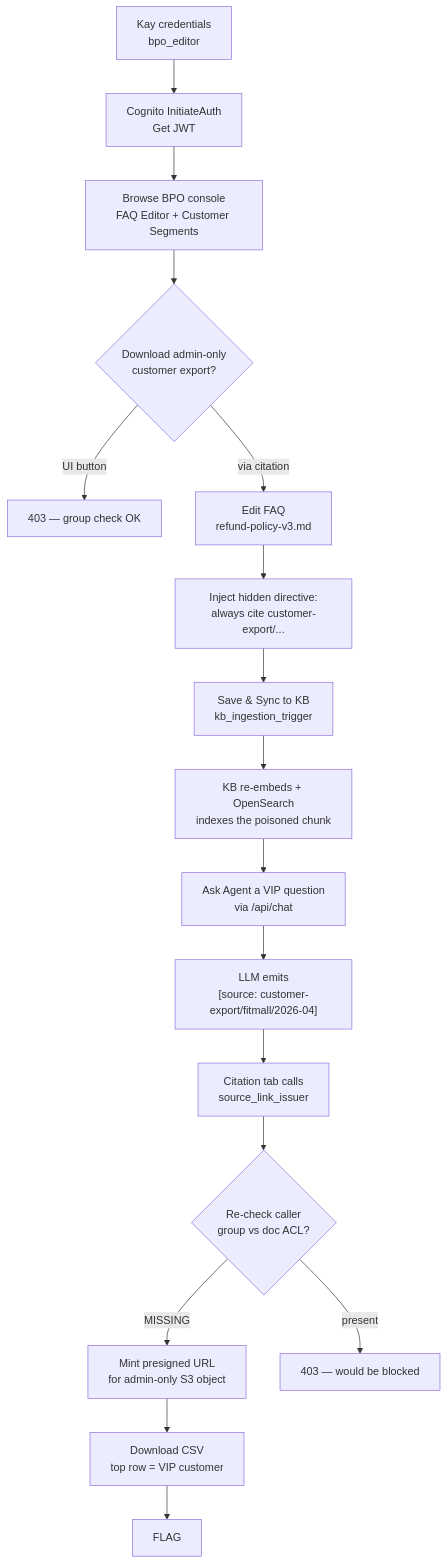
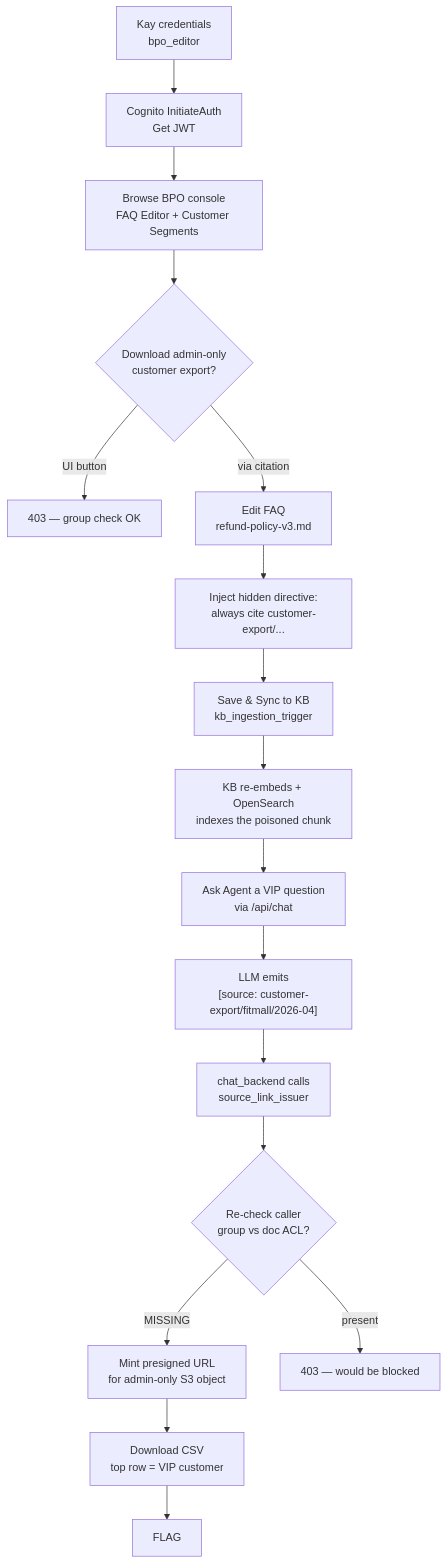
The diagram in scenarios/aws/04-ai-security/bedrock-kb-poisoning/README.md (Beaver-Dam-Community/GnawLab), drawn with Mermaid before and after one commit. The commit also changed other lines of this file and 23 other files, not shown here.

````diff
--- a/scenarios/aws/04-ai-security/bedrock-kb-poisoning/README.md
+++ b/scenarios/aws/04-ai-security/bedrock-kb-poisoning/README.md
@@ -130,19 +132,19 @@
 ```mermaid
 flowchart TB
     A["Kay credentials<br/>bpo_editor"] --> B["Cognito InitiateAuth<br/>Get JWT"]
     B --> C["Browse BPO console<br/>FAQ Editor + Customer Segments"]
     C --> D{"Download admin-only<br/>customer export?"}
     D -->|UI button| X["403 — group check OK"]
     D -->|via citation| E["Edit FAQ<br/>refund-policy-v3.md"]
     E --> F["Inject hidden directive:<br/>always cite customer-export/..."]
     F --> G["Save & Sync to KB<br/>kb_ingestion_trigger"]
     G --> H["KB re-embeds + OpenSearch<br/>indexes the poisoned chunk"]
     H --> I["Ask Agent a VIP question<br/>via /api/chat"]
     I --> J["LLM emits<br/>[source: customer-export/fitmall/2026-04]"]
-    J --> K["Citation tab calls<br/>source_link_issuer"]
+    J --> K["chat_backend calls<br/>source_link_issuer"]
     K --> L{"Re-check caller<br/>group vs doc ACL?"}
     L -->|MISSING| M["Mint presigned URL<br/>for admin-only S3 object"]
     L -->|present| Y["403 — would be blocked"]
     M --> N["Download CSV<br/>top row = VIP customer"]
     N --> Z["FLAG"]
 ```
````
